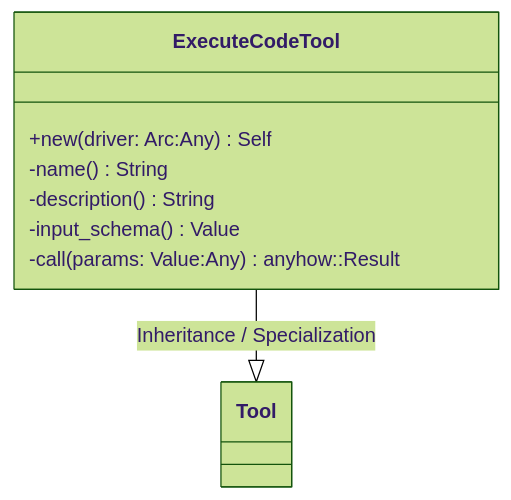
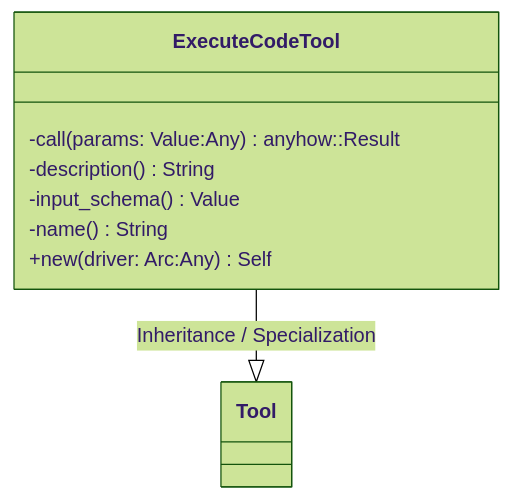
One commit to lgcorzo/rust_CACD_autonomous_factory changed the first of 2 diagrams in openwiki/crates_factory-mcp-server_src_tools_execute_code_rs.md. Above: the diagram before and after it, drawn with Mermaid (forest theme). The commit also changed other lines of this file and 76 other files, not shown here.

````diff
--- a/openwiki/crates_factory-mcp-server_src_tools_execute_code_rs.md
+++ b/openwiki/crates_factory-mcp-server_src_tools_execute_code_rs.md
@@ -81,13 +81,13 @@
 ```mermaid
 classDiagram
     direction BT
     class ExecuteCodeTool {
-        +new(driver: Arc<dyn SandboxDriver>:Any) Self
-        -name() String
+        -call(params: Value:Any) anyhow::Result<CallToolResult>
         -description() String
         -input_schema() Value
-        -call(params: Value:Any) anyhow::Result<CallToolResult>
+        -name() String
+        +new(driver: Arc<dyn SandboxDriver>:Any) Self
     }
     Tool <|-- ExecuteCodeTool : Inheritance / Specialization
 
 ```
````
